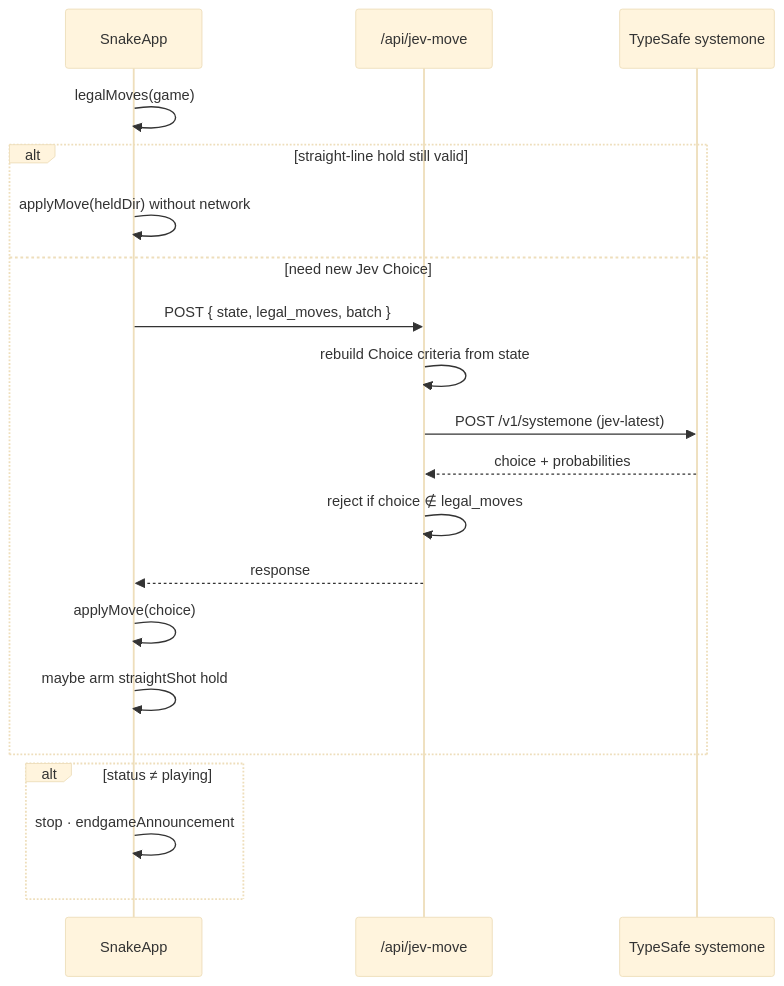
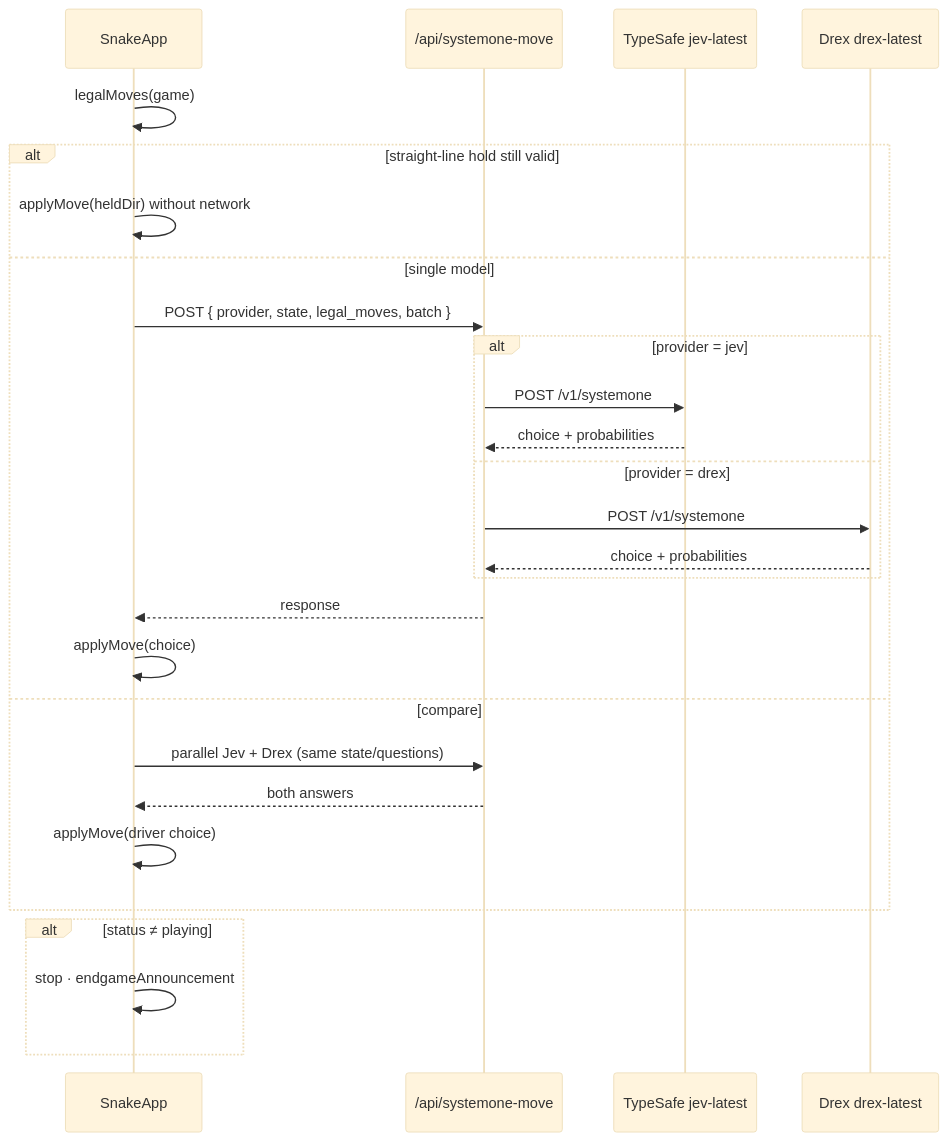
One commit to lalitsonawane/jev-snake changed the first of 4 diagrams in docs/architecture.md. Above: the diagram before and after it, drawn with Mermaid (base theme). The commit also changed other lines of this file and 14 other files, not shown here.

First line of the commit message:
Add Jev/Drex model picker and side-by-side compare (#8)

````diff
--- a/docs/architecture.md
+++ b/docs/architecture.md
@@ -18,23 +20,30 @@
 ```mermaid
 sequenceDiagram
   participant U as SnakeApp
-  participant R as /api/jev-move
-  participant T as TypeSafe systemone
+  participant R as /api/systemone-move
+  participant J as TypeSafe jev-latest
+  participant D as Drex drex-latest
 
   U->>U: legalMoves(game)
   alt straight-line hold still valid
     U->>U: applyMove(heldDir) without network
-  else need new Jev Choice
-    U->>R: POST { state, legal_moves, batch }
-    R->>R: rebuild Choice criteria from state
-    R->>T: POST /v1/systemone (jev-latest)
-    T-->>R: choice + probabilities
-    R->>R: reject if choice ∉ legal_moves
+  else single model
+    U->>R: POST { provider, state, legal_moves, batch }
+    alt provider = jev
+      R->>J: POST /v1/systemone
+      J-->>R: choice + probabilities
+    else provider = drex
+      R->>D: POST /v1/systemone
+      D-->>R: choice + probabilities
+    end
     R-->>U: response
     U->>U: applyMove(choice)
-    U->>U: maybe arm straightShot hold
+  else compare
+    U->>R: parallel Jev + Drex (same state/questions)
+    R-->>U: both answers
+    U->>U: applyMove(driver choice)
   end
   alt status ≠ playing
     U->>U: stop · endgameAnnouncement
   end
 ```
````
